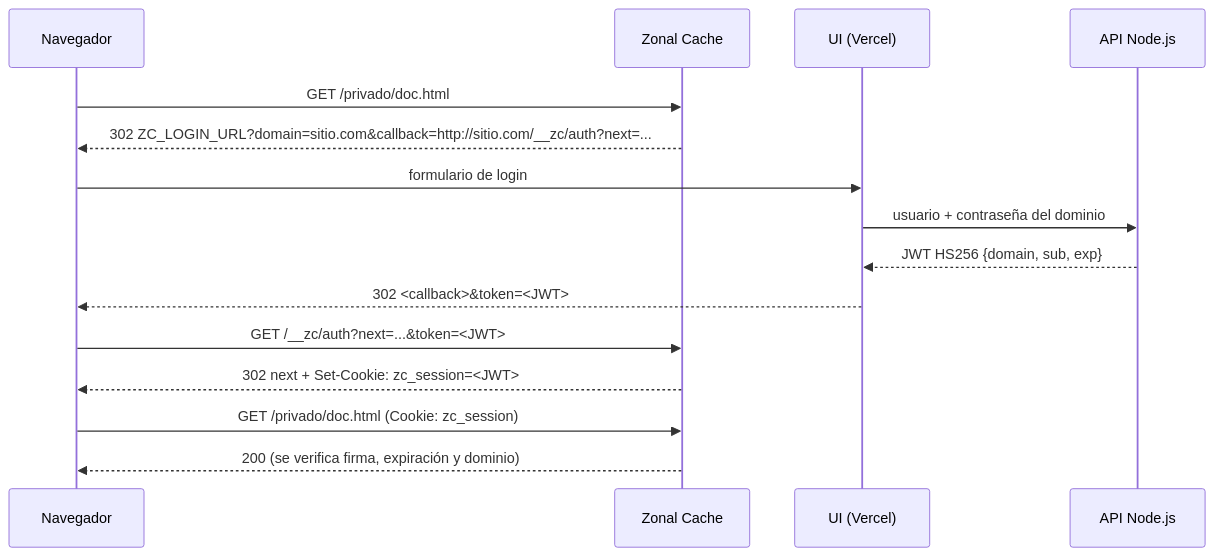
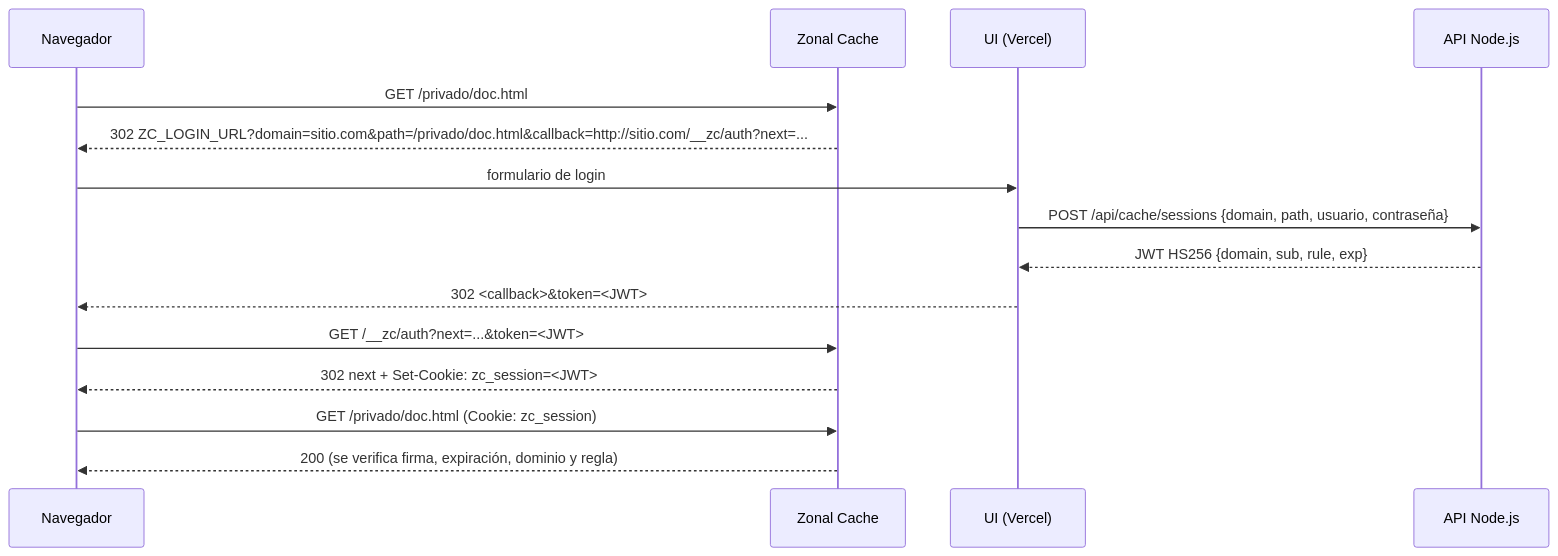
Before and after one commit to LuisFernandoUC/2026-02-2023064329-IC7602-P2: the second of 2 diagrams in zonal-cache/README.md, drawn with Mermaid. The commit also changed other lines of this file and 4 other files, not shown here.

````diff
--- a/zonal-cache/README.md
+++ b/zonal-cache/README.md
@@ -55,17 +55,17 @@
 ```mermaid
 sequenceDiagram
     participant N as Navegador
     participant C as Zonal Cache
     participant U as UI (Vercel)
     participant A as API Node.js
     N->>C: GET /privado/doc.html
-    C-->>N: 302 ZC_LOGIN_URL?domain=sitio.com&callback=http://sitio.com/__zc/auth?next=...
+    C-->>N: 302 ZC_LOGIN_URL?domain=sitio.com&path=/privado/doc.html&callback=http://sitio.com/__zc/auth?next=...
     N->>U: formulario de login
-    U->>A: usuario + contraseña del dominio
-    A-->>U: JWT HS256 {domain, sub, exp}
+    U->>A: POST /api/cache/sessions {domain, path, usuario, contraseña}
+    A-->>U: JWT HS256 {domain, sub, rule, exp}
     U-->>N: 302 <callback>&token=<JWT>
     N->>C: GET /__zc/auth?next=...&token=<JWT>
     C-->>N: 302 next + Set-Cookie: zc_session=<JWT>
     N->>C: GET /privado/doc.html (Cookie: zc_session)
-    C-->>N: 200 (se verifica firma, expiración y dominio)
+    C-->>N: 200 (se verifica firma, expiración, dominio y regla)
 ```
````
